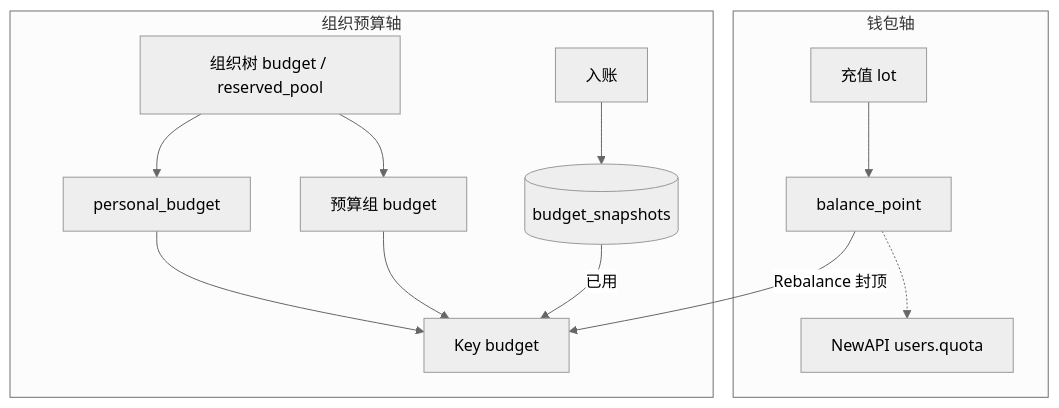
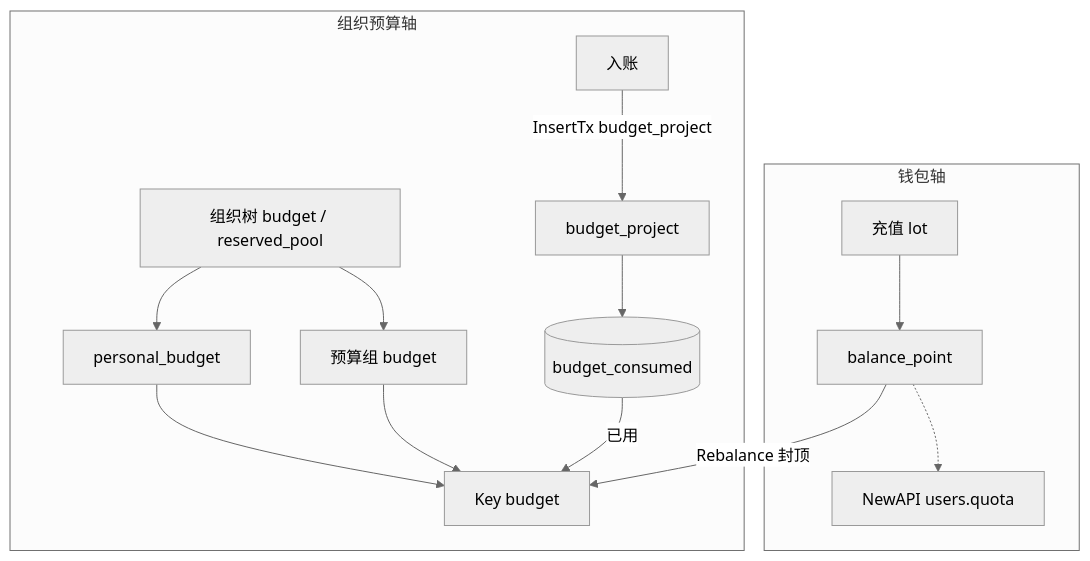
The second of 10 diagrams in docs/Backend-预算.md (quyip8818/mytokenjoy), drawn with Mermaid (neutral theme) before and after one commit. The commit also changed other lines of this file and 16 other files, not shown here.

````diff
--- a/docs/Backend-预算.md
+++ b/docs/Backend-预算.md
@@ -64,19 +64,20 @@
 ```mermaid
 flowchart TB
   subgraph wallet [钱包轴]
     LOT[充值 lot] --> BAL[balance_point]
     BAL -.-> NA_W[NewAPI users.quota]
   end
 
   subgraph org [组织预算轴]
     TREE[组织树 budget / reserved_pool]
     TREE --> MEM[personal_budget]
     TREE --> BG[预算组 budget]
     MEM & BG --> PK[Key budget]
-    SNAP[(budget_snapshots)]
-    ING[入账] --> SNAP
+    SNAP[(budget_consumed)]
+    ING[入账] -->|InsertTx budget_project| JOB[budget_project]
+    JOB --> SNAP
   end
 
   BAL -->|Rebalance 封顶| PK
   SNAP -->|已用| PK
 ```
````
